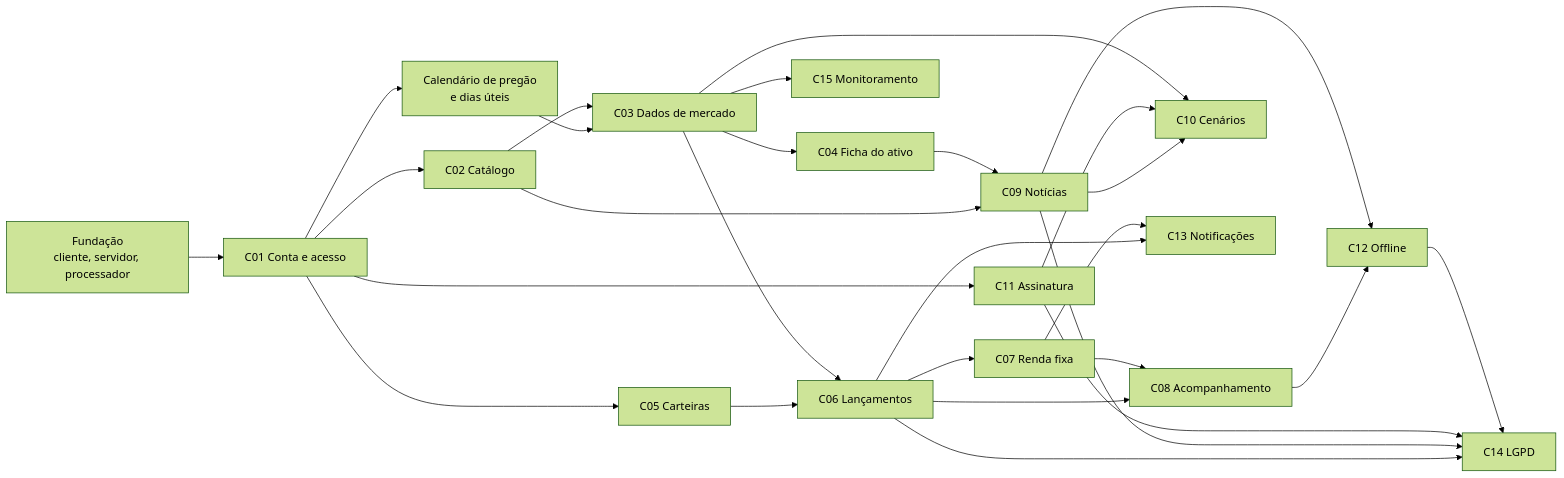
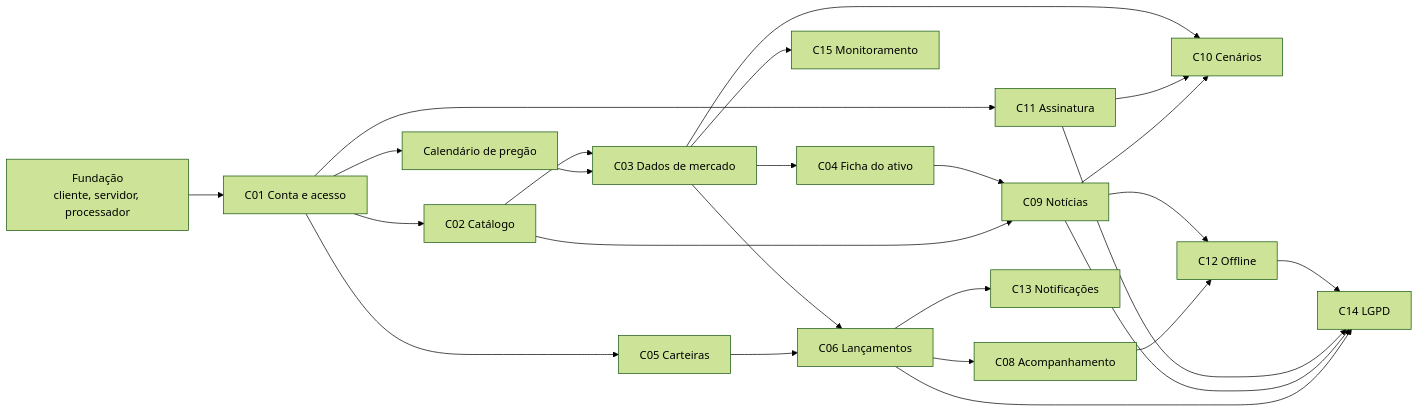
One commit to AnjiNight/Revolution-THE-BOB changed the diagram in specs/mapa_specs.md. Above: the diagram before and after it, drawn with Mermaid (forest theme). The commit also changed other lines of this file and 15 other files, not shown here.

````diff
--- a/specs/mapa_specs.md
+++ b/specs/mapa_specs.md
@@ -73,30 +74,27 @@
 ```mermaid
 flowchart LR
     F["Fundação<br/>cliente, servidor, processador"] --> C01
     C01["C01 Conta e acesso"] --> C02["C02 Catálogo"]
-    C01 --> CAL["Calendário de pregão<br/>e dias úteis"]
+    C01 --> CAL["Calendário de pregão"]
     CAL --> C03["C03 Dados de mercado"]
     C02 --> C03
     C03 --> C04["C04 Ficha do ativo"]
     C03 --> C15["C15 Monitoramento"]
     C01 --> C05["C05 Carteiras"]
     C05 --> C06["C06 Lançamentos"]
     C03 --> C06
-    C06 --> C07["C07 Renda fixa"]
     C06 --> C08["C08 Acompanhamento"]
-    C07 --> C08
     C01 --> C11["C11 Assinatura"]
     C02 --> C09["C09 Notícias"]
     C04 --> C09
     C09 --> C10["C10 Cenários"]
     C11 --> C10
     C03 --> C10
     C08 --> C12["C12 Offline"]
     C09 --> C12
     C06 --> C13["C13 Notificações"]
-    C07 --> C13
     C06 --> C14["C14 LGPD"]
     C09 --> C14
     C11 --> C14
     C12 --> C14
 ```
````
